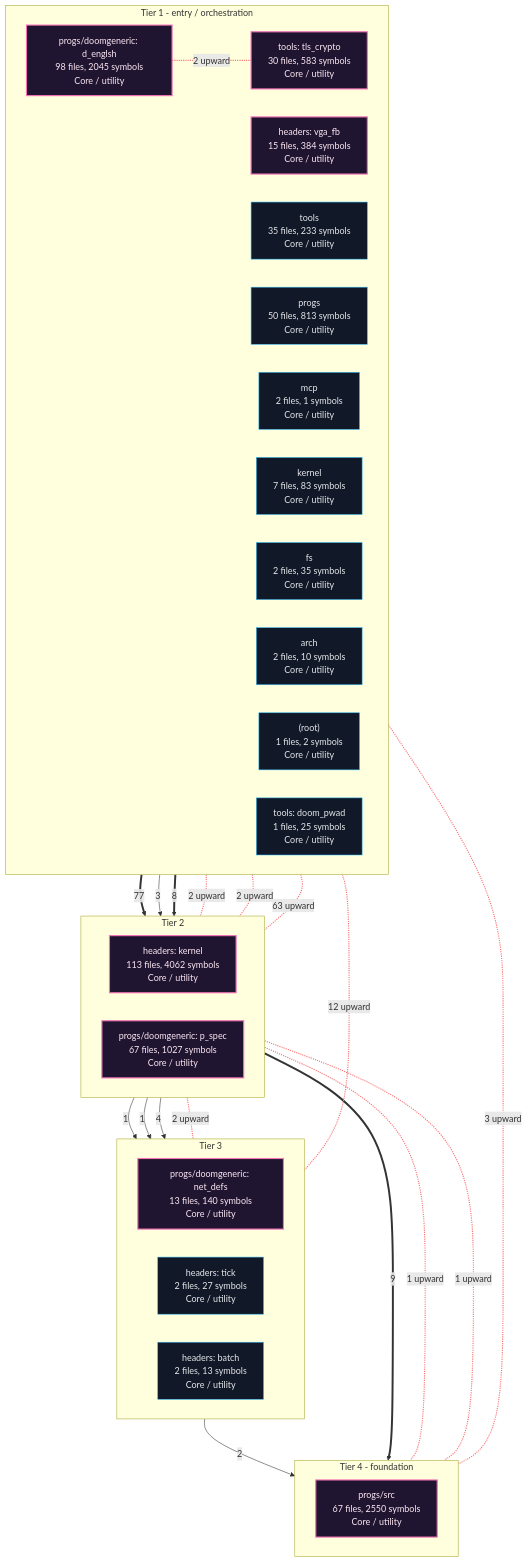
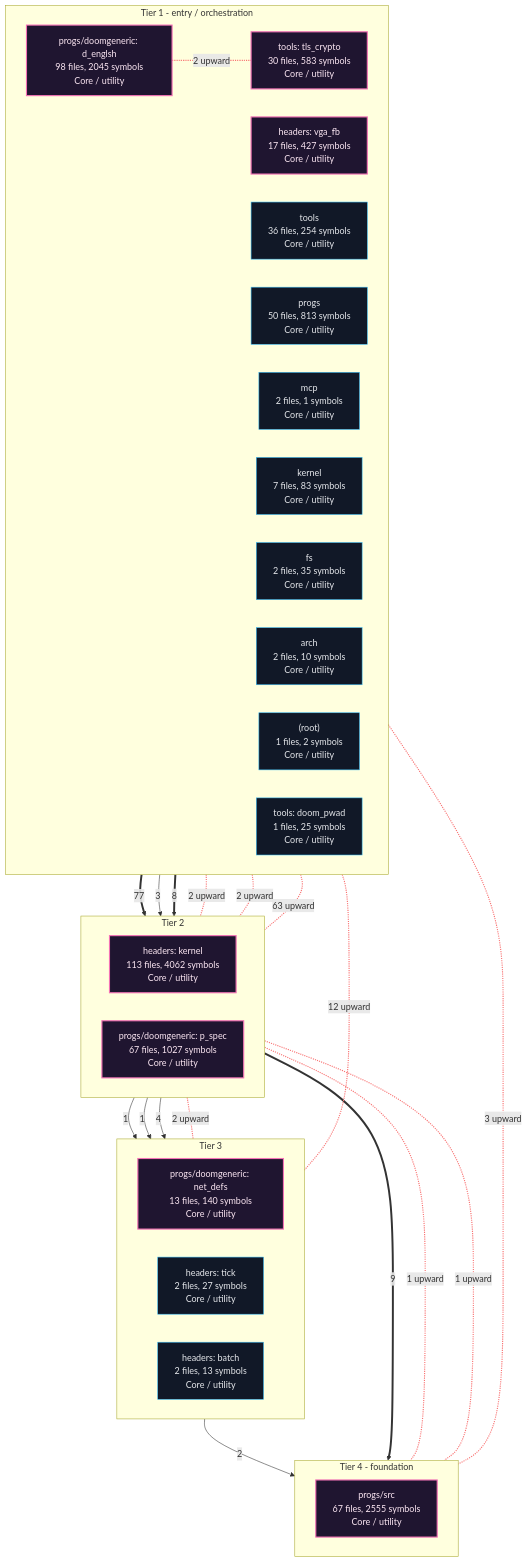
Before and after one commit to grisuno/miniOS: the first of 5 diagrams in readmenator-apidocs/architecture.md, drawn with Mermaid. The commit also changed other lines of this file and 222 other files, not shown here.

````diff
--- a/readmenator-apidocs/architecture.md
+++ b/readmenator-apidocs/architecture.md
@@ -11,55 +11,55 @@
 ```mermaid
 flowchart TB
     classDef cycle fill:#1f1530,stroke:#f472b6,color:#fce7f3,stroke-width:2px;
     classDef default fill:#111827,stroke:#38bdf8,color:#e5e7eb;
     subgraph lane_0["Tier 1 - entry / orchestration"]
         direction LR
         n_c1["progs/doomgeneric: d_englsh<br/>98 files, 2045 symbols<br/>Core / utility"]:::cycle
         n_c4["tools: tls_crypto<br/>30 files, 583 symbols<br/>Core / utility"]:::cycle
-        n_c5["headers: vga_fb<br/>15 files, 384 symbols<br/>Core / utility"]:::cycle
-        n_d_tools["tools<br/>35 files, 233 symbols<br/>Core / utility"]:::default
+        n_c5["headers: vga_fb<br/>17 files, 427 symbols<br/>Core / utility"]:::cycle
+        n_d_tools["tools<br/>36 files, 254 symbols<br/>Core / utility"]:::default
         n_d_progs["progs<br/>50 files, 813 symbols<br/>Core / utility"]:::default
         n_d_mcp["mcp<br/>2 files, 1 symbols<br/>Core / utility"]:::default
         n_d_kernel["kernel<br/>7 files, 83 symbols<br/>Core / utility"]:::default
         n_d_fs["fs<br/>2 files, 35 symbols<br/>Core / utility"]:::default
         n_d_arch["arch<br/>2 files, 10 symbols<br/>Core / utility"]:::default
         n_d__root_["(root)<br/>1 files, 2 symbols<br/>Core / utility"]:::default
         n_c9["tools: doom_pwad<br/>1 files, 25 symbols<br/>Core / utility"]:::default
     end
     subgraph lane_1["Tier 2"]
         direction LR
         n_c0["headers: kernel<br/>113 files, 4062 symbols<br/>Core / utility"]:::cycle
         n_c3["progs/doomgeneric: p_spec<br/>67 files, 1027 symbols<br/>Core / utility"]:::cycle
     end
     subgraph lane_2["Tier 3"]
         direction LR
         n_c6["progs/doomgeneric: net_defs<br/>13 files, 140 symbols<br/>Core / utility"]:::cycle
         n_c8["headers: tick<br/>2 files, 27 symbols<br/>Core / utility"]:::default
         n_c7["headers: batch<br/>2 files, 13 symbols<br/>Core / utility"]:::default
     end
     subgraph lane_3["Tier 4 - foundation"]
         direction LR
-        n_c2["progs/src<br/>67 files, 2550 symbols<br/>Core / utility"]:::cycle
+        n_c2["progs/src<br/>67 files, 2555 symbols<br/>Core / utility"]:::cycle
     end
     n_c0 ==>|"9"| n_c2
     n_c0 -->|"1"| n_c7
     n_c0 -->|"1"| n_c8
     n_c1 ==>|"77"| n_c3
     n_c3 -->|"4"| n_c6
     n_c4 -->|"3"| n_c0
     n_c5 ==>|"8"| n_c0
     n_c6 -->|"2"| n_c2
     n_c4 <-.-|"2 upward"| n_c0
     n_c5 <-.-|"2 upward"| n_c0
     n_c0 <-.-|"1 upward"| n_c2
     n_c1 <-.-|"3 upward"| n_c2
     n_c3 <-.-|"1 upward"| n_c2
     n_c1 <-.-|"63 upward"| n_c3
     n_c1 <-.-|"2 upward"| n_c4
     n_c1 <-.-|"12 upward"| n_c6
     n_c3 <-.-|"2 upward"| n_c6
     linkStyle 8,9,10,11,12,13,14,15,16 stroke:#f87171,stroke-width:2px;
     n_c1 ~~~ n_c0
     n_c0 ~~~ n_c6
     n_c6 ~~~ n_c2
 ```
````
